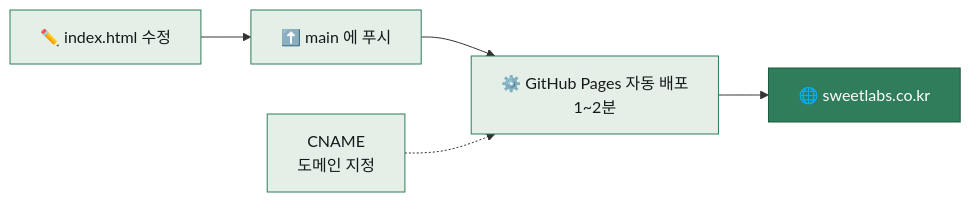
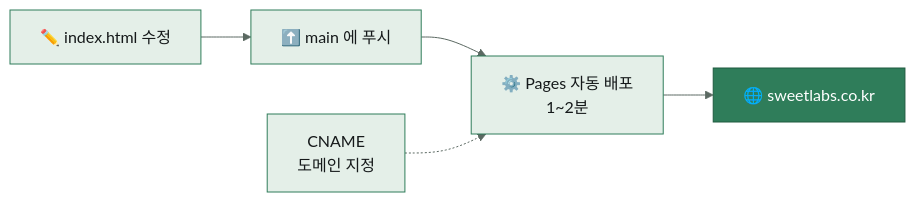
One commit to SweetLabs-Co/SweetLabs-Homepage changed the diagram in README.md. Above: the diagram before and after it, drawn with Mermaid.

Commit message:
docs: 흐름도 가독성 (README_VISUAL_STANDARD v1.1) (#2)
mermaid 첫 줄에 테마 고정, classDef마다 글자색 명시, 칸 글자 줄임.

````diff
--- a/README.md
+++ b/README.md
@@ -27,12 +27,13 @@
 ```mermaid
+%%{init: {'theme':'base','themeVariables':{'fontSize':'16px','fontFamily':'Pretendard, Noto Sans KR, sans-serif','primaryColor':'#E4EFE8','primaryTextColor':'#15191A','primaryBorderColor':'#2F7D5A','lineColor':'#5B6962','secondaryColor':'#F6EBDC','tertiaryColor':'#FFFFFF','edgeLabelBackground':'#FFFFFF','clusterBkg':'#F5F7F4','clusterBorder':'#C9D2CB'}}}%%
 flowchart LR
     E["✏️ index.html 수정"] --> P["⬆️ main 에 푸시"]
-    P --> G["⚙️ GitHub Pages 자동 배포<br/>1~2분"]
+    P --> G["⚙️ Pages 자동 배포<br/>1~2분"]
     G --> W["🌐 sweetlabs.co.kr"]
     C["CNAME<br/>도메인 지정"] -.-> G
 
-    classDef top fill:#2F7D5A,stroke:#1E5A3F,color:#fff
+    classDef top fill:#2F7D5A,stroke:#1E5A3F,color:#FFFFFF
     classDef mid fill:#E4EFE8,stroke:#2F7D5A,color:#15191A
     class W top
     class E,P,G,C mid
 ```
````
